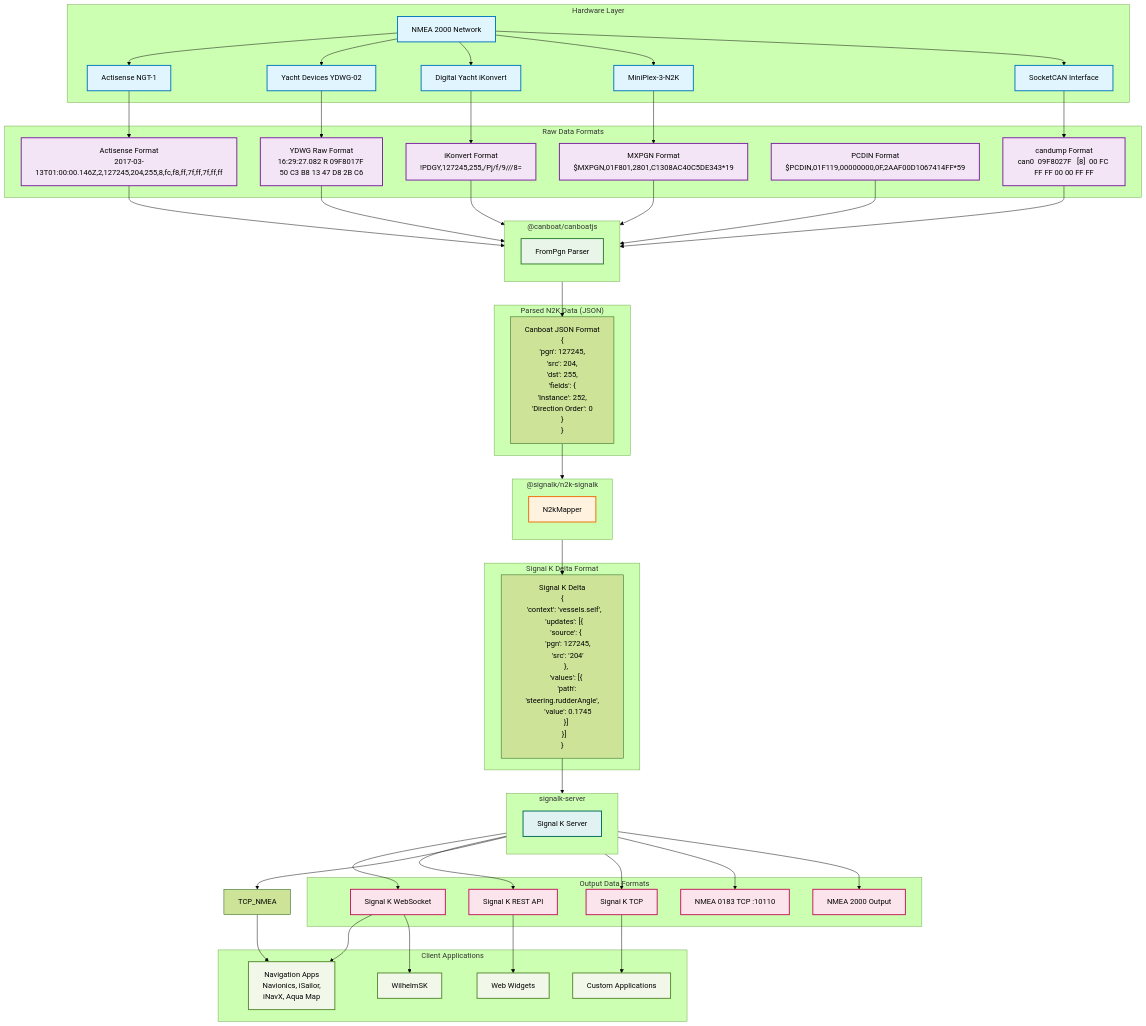
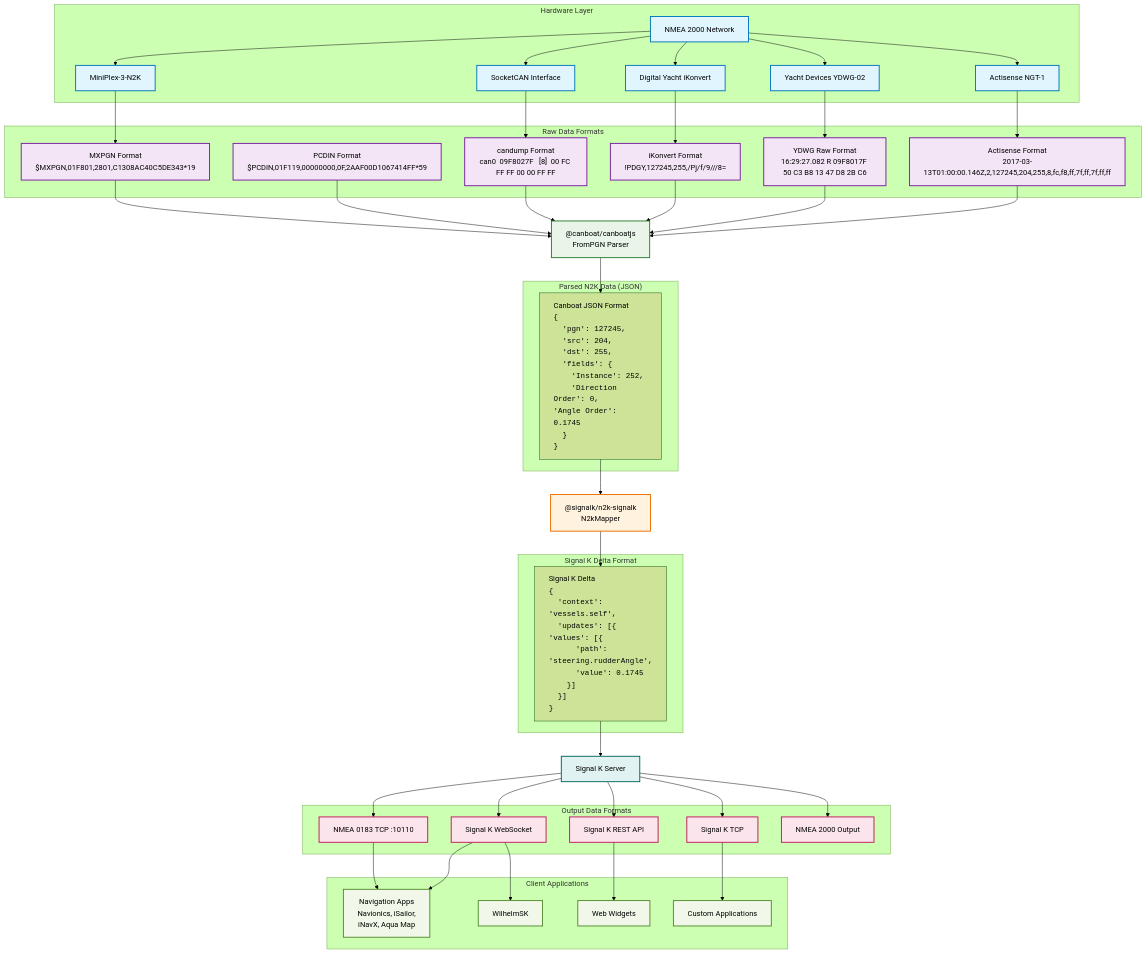
Before and after one commit to canboat/canboatjs: the diagram in architecture-diagram.md, drawn with Mermaid (forest theme).

```diff
--- a/architecture-diagram.md
+++ b/architecture-diagram.md
@@ -26,48 +26,41 @@
     end
 
     %% canboatjs Layer
-    subgraph "@canboat/canboatjs"
-        direction TB
-        FROMPGN[FromPgn Parser]
-    end
+    FROMPGN["@canboat/canboatjs<br>FromPGN Parser"]
 
     %% Parsed Data
     subgraph "Parsed N2K Data (JSON)"
-        JSON_N2K["Canboat JSON Format<br/>{<br/>  'pgn': 127245,<br/>  'src': 204,<br/>  'dst': 255,<br/>  'fields': {<br/>    'Instance': 252,<br/>    'Direction Order': 0<br/>  }<br/>}"]
+        JSON_N2K["Canboat JSON Format<br/><code>{<br/>  'pgn': 127245,<br/>  'src': 204,<br/>  'dst': 255,<br/>  'fields': {<br/>    'Instance': 252,<br/>    'Direction Order': 0,<br/>'Angle Order': 0.1745<br>  }<br/>}</code>"]
     end
+    style JSON_N2K text-align:left
 
     %% n2k-signalk Layer
-    subgraph "@signalk/n2k-signalk"
-        direction TB
-        N2K_MAPPER[N2kMapper]
-    end
+    N2K_MAPPER["@signalk/n2k-signalk<br>N2kMapper"]
 
     %% Signal K Delta
     subgraph "Signal K Delta Format"
-        SIGNALK_DELTA["Signal K Delta<br/>{<br/>  'context': 'vessels.self',<br/>  'updates': [{<br/>    'source': {<br/>      'pgn': 127245,<br/>      'src': '204'<br/>    },<br/>    'values': [{<br/>      'path': 'steering.rudderAngle',<br/>      'value': 0.1745<br/>    }]<br/>  }]<br/>}"]
+        SIGNALK_DELTA["Signal K Delta<br/><code>{<br/>  'context': 'vessels.self',<br/>  'updates': [{<br/>'values': [{<br/>      'path': 'steering.rudderAngle',<br/>      'value': 0.1745<br/>    }]<br/>  }]<br/>}</code>"]
     end
+    style SIGNALK_DELTA text-align:left
 
     %% signalk-server Layer
-    subgraph "signalk-server"
-        direction TB
-        SIGNALK_SERVER[Signal K Server]
-    end
+    SIGNALK_SERVER[Signal K Server]
 
     %% Client Applications
     subgraph "Client Applications"
         APPS[Navigation Apps<br/>Navionics, iSailor,<br/>iNavX, Aqua Map]
+        WILHELMSK[WilhelmSK]
         WIDGETS[Web Widgets]
         CUSTOM_CLIENTS[Custom Applications]
-        WILHELMSK[WilhelmSK]
     end
 
     %% Output Formats
     subgraph "Output Data Formats"
         NMEA0183_OUT[NMEA 0183 TCP :10110]
-        NMEA2000_OUT[NMEA 2000 Output]
         SIGNALK_WS[Signal K WebSocket]
         SIGNALK_REST[Signal K REST API]
         SIGNALK_TCP[Signal K TCP]
+        NMEA2000_OUT[NMEA 2000 Output]
     end
 
     %% Connections - Hardware to canboatjs
@@ -103,7 +96,6 @@
     %% Output connections
     SIGNALK_SERVER --> SIGNALK_WS
     SIGNALK_SERVER --> SIGNALK_REST
-    SIGNALK_SERVER --> TCP_NMEA
     SIGNALK_SERVER --> SIGNALK_TCP
     SIGNALK_SERVER --> NMEA0183_OUT
     SIGNALK_SERVER --> NMEA2000_OUT
@@ -111,7 +103,7 @@
     %% Client connections
     SIGNALK_WS --> APPS
     SIGNALK_REST --> WIDGETS
-    TCP_NMEA --> APPS
+    NMEA0183_OUT --> APPS
     SIGNALK_TCP --> CUSTOM_CLIENTS
     SIGNALK_WS --> WILHELMSK
 
```
